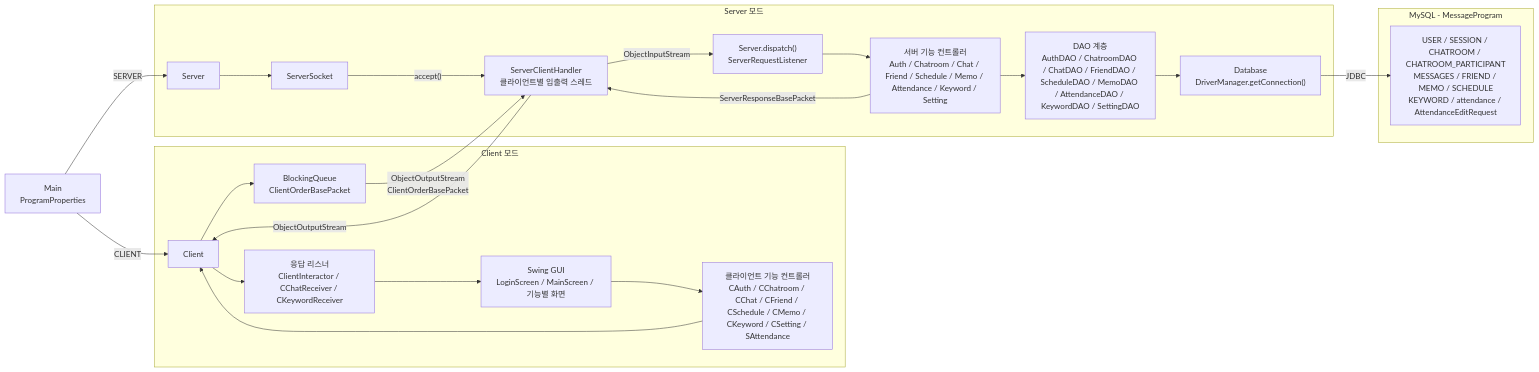
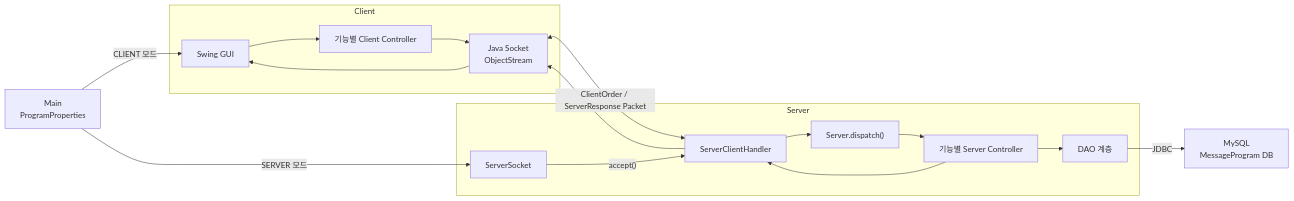
Before and after one commit to minwoojoo/WorkTalks: the first of 3 diagrams in README.md, drawn with Mermaid.

Commit message:
[docs] README.md 아키텍처 구조 축소

````diff
--- a/README.md
+++ b/README.md
@@ -57,47 +57,37 @@
 ```mermaid
 flowchart LR
     Main["Main<br/>ProgramProperties"]
 
-    subgraph ClientApp["Client 모드"]
-        Client["Client"]
-        GUI["Swing GUI<br/>LoginScreen / MainScreen / 기능별 화면"]
-        ClientControllers["클라이언트 기능 컨트롤러<br/>CAuth / CChatroom / CChat / CFriend / CSchedule / CMemo / CKeyword / CSetting / SAttendance"]
-        SendQueue["BlockingQueue<br/>ClientOrderBasePacket"]
-        ClientListeners["응답 리스너<br/>ClientInteractor / CChatReceiver / CKeywordReceiver"]
+    subgraph ClientApp["Client"]
+        GUI["Swing GUI"]
+        ClientController["기능별 Client Controller"]
+        ClientSocket["Java Socket<br/>ObjectStream"]
     end
 
-    subgraph ServerApp["Server 모드"]
-        Server["Server"]
+    subgraph ServerApp["Server"]
         ServerSocket["ServerSocket"]
-        Handler["ServerClientHandler<br/>클라이언트별 입출력 스레드"]
-        Router["Server.dispatch()<br/>ServerRequestListener"]
-        ServerControllers["서버 기능 컨트롤러<br/>Auth / Chatroom / Chat / Friend / Schedule / Memo / Attendance / Keyword / Setting"]
-        DAO["DAO 계층<br/>AuthDAO / ChatroomDAO / ChatDAO / FriendDAO / ScheduleDAO / MemoDAO / AttendanceDAO / KeywordDAO / SettingDAO"]
-        Database["Database<br/>DriverManager.getConnection()"]
+        Handler["ServerClientHandler"]
+        Router["Server.dispatch()"]
+        ServerController["기능별 Server Controller"]
+        DAO["DAO 계층"]
     end
 
-    subgraph MySQL["MySQL - MessageProgram"]
-        Tables["USER / SESSION / CHATROOM / CHATROOM_PARTICIPANT<br/>MESSAGES / FRIEND / MEMO / SCHEDULE<br/>KEYWORD / attendance / AttendanceEditRequest"]
-    end
+    DB["MySQL<br/>MessageProgram DB"]
 
-    Main -->|"CLIENT"| Client
-    Main -->|"SERVER"| Server
+    Main -->|"CLIENT 모드"| GUI
+    Main -->|"SERVER 모드"| ServerSocket
 
-    GUI --> ClientControllers
-    ClientControllers --> Client
-    Client --> SendQueue
-    SendQueue -->|"ObjectOutputStream<br/>ClientOrderBasePacket"| Handler
+    GUI --> ClientController
+    ClientController --> ClientSocket
+    ClientSocket <-->|"ClientOrder / ServerResponse Packet"| Handler
 
-    Server --> ServerSocket
     ServerSocket -->|"accept()"| Handler
-    Handler -->|"ObjectInputStream"| Router
-    Router --> ServerControllers
-    ServerControllers --> DAO
-    DAO --> Database
-    Database -->|"JDBC"| Tables
+    Handler --> Router
+    Router --> ServerController
+    ServerController --> DAO
+    DAO -->|"JDBC"| DB
 
-    ServerControllers -->|"ServerResponseBasePacket"| Handler
-    Handler -->|"ObjectOutputStream"| Client
-    Client --> ClientListeners
-    ClientListeners --> GUI
+    ServerController --> Handler
+    Handler --> ClientSocket
+    ClientSocket --> GUI
 ```
````
